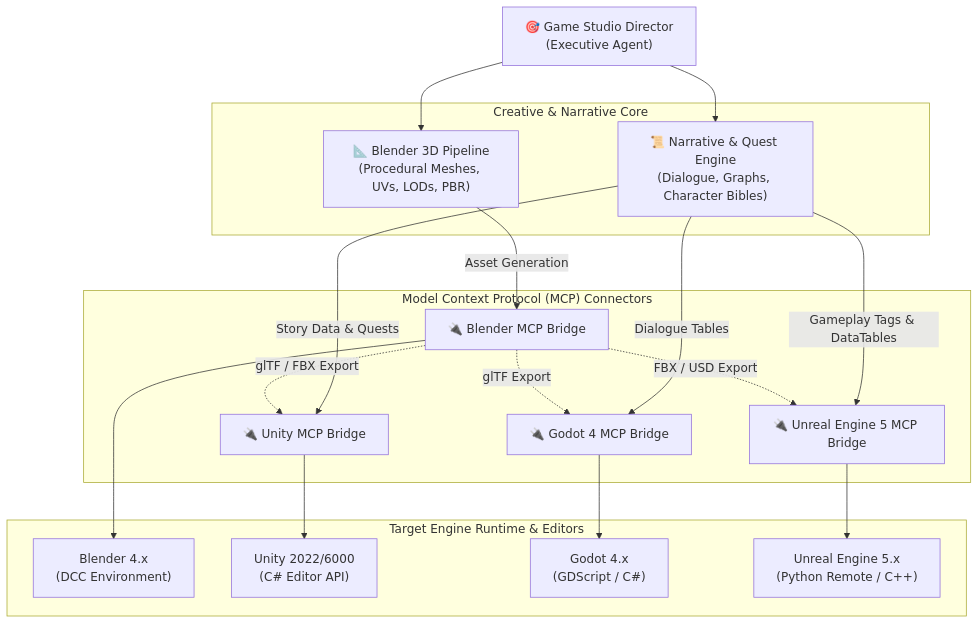
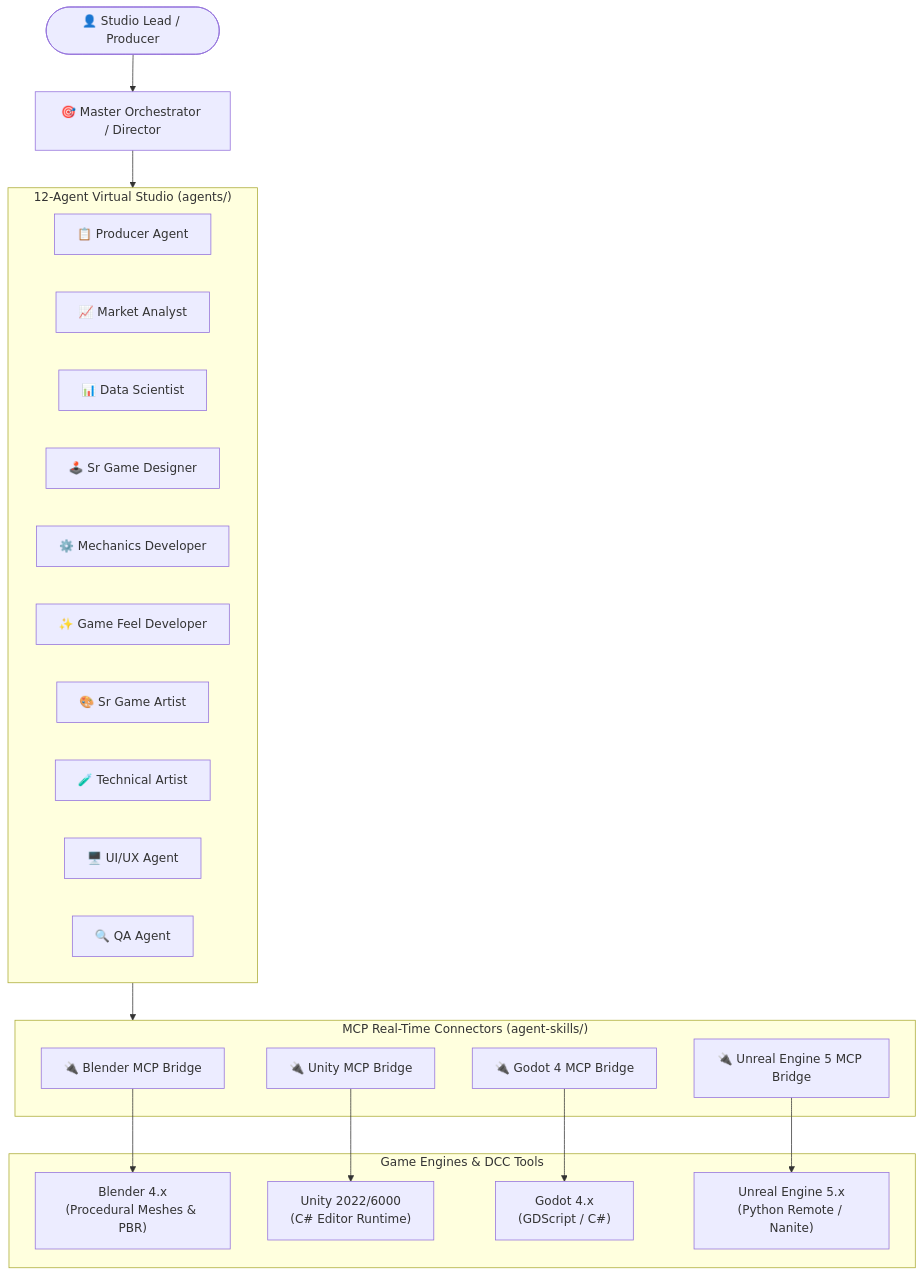
Before and after one commit to kursatsndgn/master-game-studio: the diagram in README.md, drawn with Mermaid. The commit also changed other lines of this file and 39 other files, not shown here.

Commit message:
feat: integrate 12 specialized game studio sub-agents, templates, configs and scripts

````diff
--- a/README.md
+++ b/README.md
@@ -27,41 +44,39 @@
 ```mermaid
 flowchart TD
-    Director["🎯 Game Studio Director\n(Executive Agent)"]
+    User([👤 Studio Lead / Producer]) --> MasterOrch["🎯 Master Orchestrator / Director"]
     
-    subgraph Core_Creation ["Creative & Narrative Core"]
-        Narrative["📜 Narrative & Quest Engine\n(Dialogue, Graphs, Character Bibles)"]
-        BlenderPipe["📐 Blender 3D Pipeline\n(Procedural Meshes, UVs, LODs, PBR)"]
+    subgraph Studio_Team ["12-Agent Virtual Studio (agents/)"]
+        Producer["📋 Producer Agent"]
+        Market["📈 Market Analyst"]
+        DataSci["📊 Data Scientist"]
+        SrDesign["🕹️ Sr Game Designer"]
+        Mechanics["⚙️ Mechanics Developer"]
+        GameFeel["✨ Game Feel Developer"]
+        ArtDir["🎨 Sr Game Artist"]
+        TechArt["🧪 Technical Artist"]
+        UIUX["🖥️ UI/UX Agent"]
+        QA["🔍 QA Agent"]
     end
     
-    subgraph MCP_Layer ["Model Context Protocol (MCP) Connectors"]
+    subgraph Execution_Bridges ["MCP Real-Time Connectors (agent-skills/)"]
         MCP_Blender["🔌 Blender MCP Bridge"]
         MCP_Unity["🔌 Unity MCP Bridge"]
         MCP_Godot["🔌 Godot 4 MCP Bridge"]
         MCP_Unreal["🔌 Unreal Engine 5 MCP Bridge"]
     end
     
-    subgraph Engines ["Target Engine Runtime & Editors"]
-        BlenderRuntime["Blender 4.x\n(DCC Environment)"]
-        UnityRuntime["Unity 2022/6000\n(C# Editor API)"]
+    subgraph Target_Runtimes ["Game Engines & DCC Tools"]
+        BlenderRuntime["Blender 4.x\n(Procedural Meshes & PBR)"]
+        UnityRuntime["Unity 2022/6000\n(C# Editor Runtime)"]
         GodotRuntime["Godot 4.x\n(GDScript / C#)"]
-        UnrealRuntime["Unreal Engine 5.x\n(Python Remote / C++)"]
+        UnrealRuntime["Unreal Engine 5.x\n(Python Remote / Nanite)"]
     end
 
-    Director --> Narrative
-    Director --> BlenderPipe
+    MasterOrch --> Studio_Team
+    Studio_Team --> Execution_Bridges
     
-    Narrative -->|Story Data & Quests| MCP_Unity
-    Narrative -->|Dialogue Tables| MCP_Godot
-    Narrative -->|Gameplay Tags & DataTables| MCP_Unreal
-    
-    BlenderPipe -->|Asset Generation| MCP_Blender
     MCP_Blender --> BlenderRuntime
-    
-    MCP_Blender -.->|glTF / FBX Export| MCP_Unity
-    MCP_Blender -.->|glTF Export| MCP_Godot
-    MCP_Blender -.->|FBX / USD Export| MCP_Unreal
-
     MCP_Unity --> UnityRuntime
     MCP_Godot --> GodotRuntime
     MCP_Unreal --> UnrealRuntime
 ```
````
